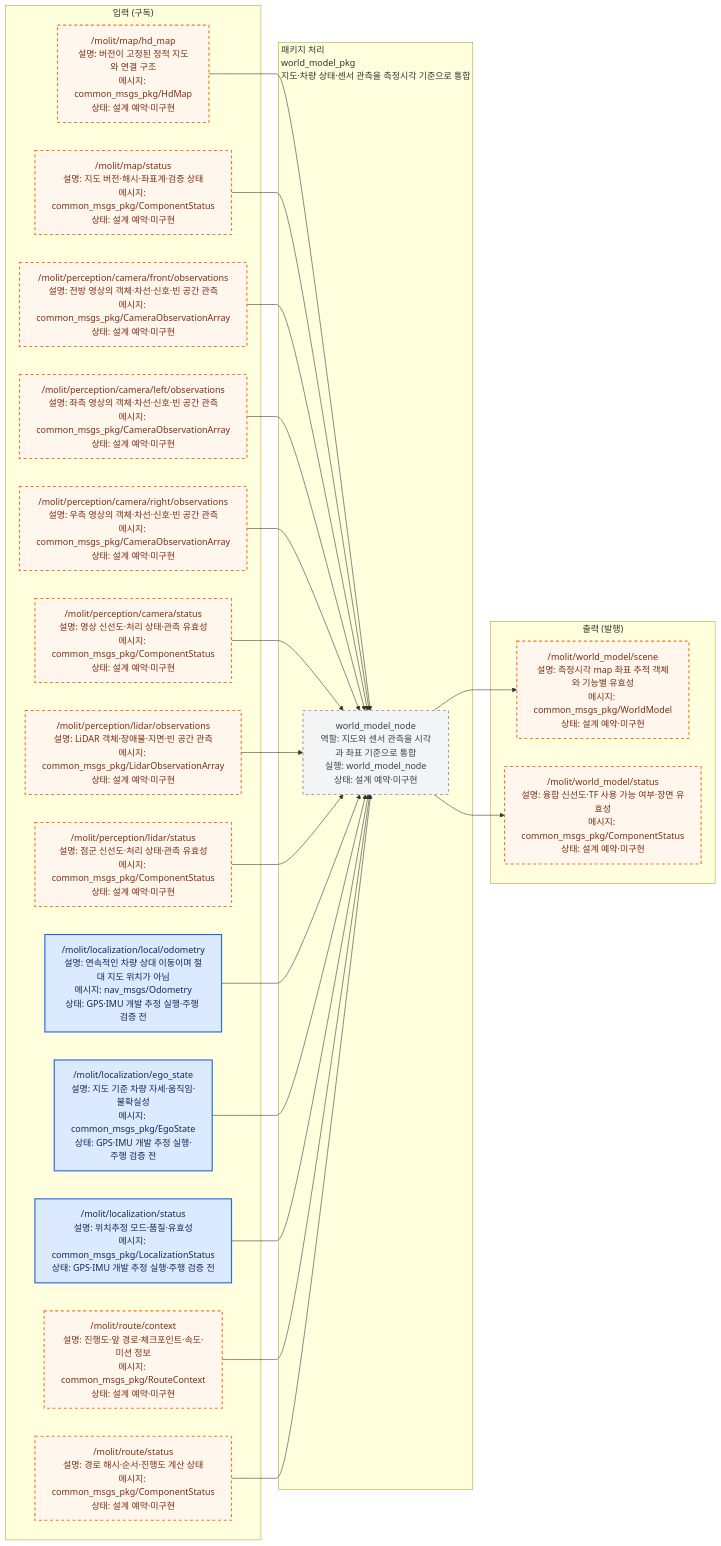
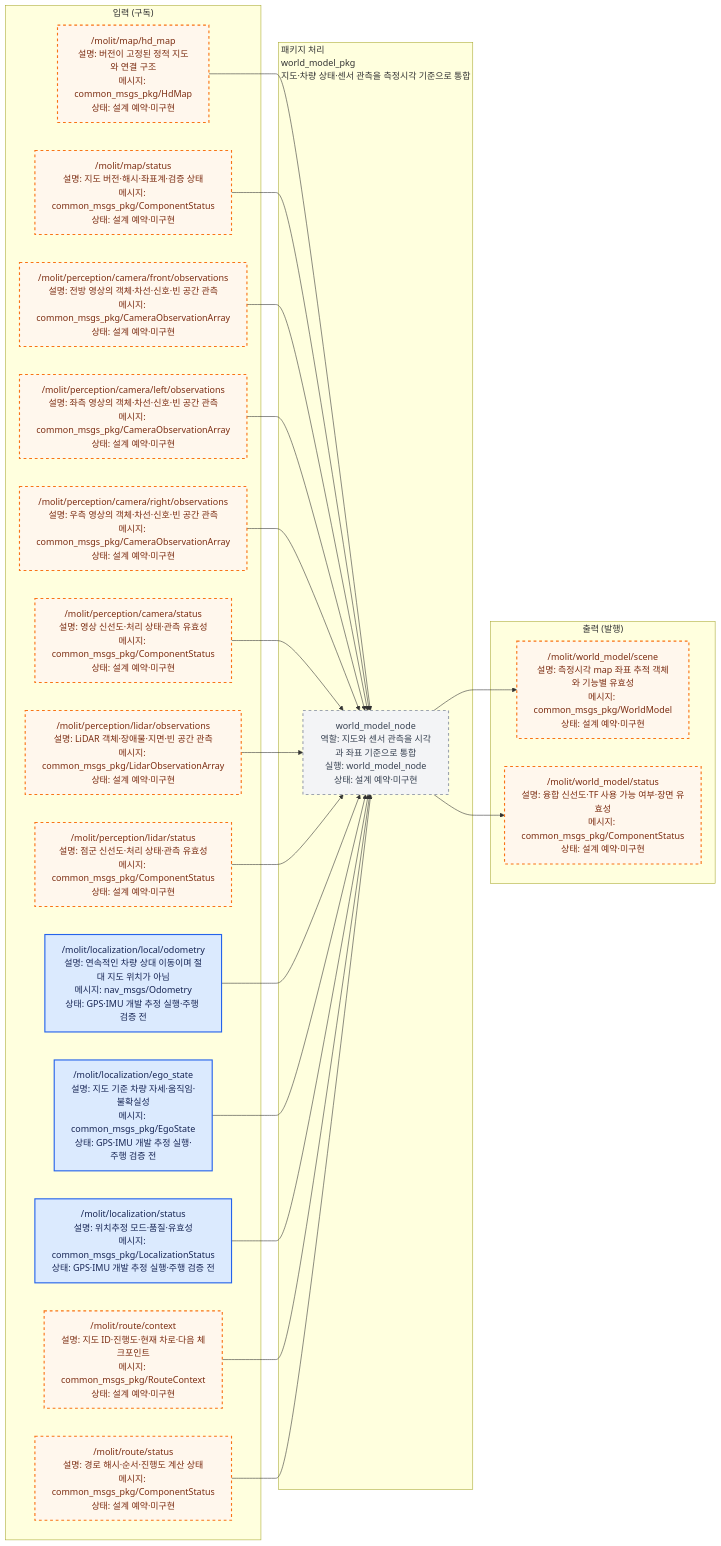
The diagram in src/world_model_pkg/docs/interface_io.mmd (Team-Stier/Morai_Sim_team2), drawn with Mermaid before and after one commit. The commit also changed 228 other files, not shown here.

```diff
--- a/src/world_model_pkg/docs/interface_io.mmd
+++ b/src/world_model_pkg/docs/interface_io.mmd
@@ -1,65 +1,65 @@
 %% AUTO-GENERATED by ros_architecture_pkg/scripts/generate_interface_diagrams.py. DO NOT EDIT.
 %% Source of truth: ros_architecture_pkg/config/interface_contract.yaml
 flowchart LR
     classDef liveNode fill:#dcfce7,color:#14532d,stroke:#16a34a,stroke-width:2px;
     classDef reservedNode fill:#f3f4f6,color:#374151,stroke:#9ca3af,stroke-width:2px,stroke-dasharray: 5 5;
     classDef liveTopic fill:#dbeafe,color:#172554,stroke:#2563eb,stroke-width:2px;
     classDef reservedTopic fill:#fff7ed,color:#7c2d12,stroke:#f97316,stroke-width:2px,stroke-dasharray: 5 5;
     classDef emptyPort fill:#ffffff,color:#6b7280,stroke:#d1d5db,stroke-dasharray: 3 3;
     classDef externalEndpoint fill:#f3e8ff,color:#581c87,stroke:#9333ea,stroke-width:3px;
 
     subgraph INPUTS["입력 (구독)"]
         input_000["/molit/map/hd_map<br/>설명: 버전이 고정된 정적 지도와 연결 구조<br/>메시지: common_msgs_pkg/HdMap<br/>상태: 설계 예약·미구현"]
         input_001["/molit/map/status<br/>설명: 지도 버전·해시·좌표계·검증 상태<br/>메시지: common_msgs_pkg/ComponentStatus<br/>상태: 설계 예약·미구현"]
         input_002["/molit/perception/camera/front/observations<br/>설명: 전방 영상의 객체·차선·신호·빈 공간 관측<br/>메시지: common_msgs_pkg/CameraObservationArray<br/>상태: 설계 예약·미구현"]
         input_003["/molit/perception/camera/left/observations<br/>설명: 좌측 영상의 객체·차선·신호·빈 공간 관측<br/>메시지: common_msgs_pkg/CameraObservationArray<br/>상태: 설계 예약·미구현"]
         input_004["/molit/perception/camera/right/observations<br/>설명: 우측 영상의 객체·차선·신호·빈 공간 관측<br/>메시지: common_msgs_pkg/CameraObservationArray<br/>상태: 설계 예약·미구현"]
         input_005["/molit/perception/camera/status<br/>설명: 영상 신선도·처리 상태·관측 유효성<br/>메시지: common_msgs_pkg/ComponentStatus<br/>상태: 설계 예약·미구현"]
         input_006["/molit/perception/lidar/observations<br/>설명: LiDAR 객체·장애물·지면·빈 공간 관측<br/>메시지: common_msgs_pkg/LidarObservationArray<br/>상태: 설계 예약·미구현"]
         input_007["/molit/perception/lidar/status<br/>설명: 점군 신선도·처리 상태·관측 유효성<br/>메시지: common_msgs_pkg/ComponentStatus<br/>상태: 설계 예약·미구현"]
         input_008["/molit/localization/local/odometry<br/>설명: 연속적인 차량 상대 이동이며 절대 지도 위치가 아님<br/>메시지: nav_msgs/Odometry<br/>상태: GPS·IMU 개발 추정 실행·주행 검증 전"]
         input_009["/molit/localization/ego_state<br/>설명: 지도 기준 차량 자세·움직임·불확실성<br/>메시지: common_msgs_pkg/EgoState<br/>상태: GPS·IMU 개발 추정 실행·주행 검증 전"]
         input_010["/molit/localization/status<br/>설명: 위치추정 모드·품질·유효성<br/>메시지: common_msgs_pkg/LocalizationStatus<br/>상태: GPS·IMU 개발 추정 실행·주행 검증 전"]
-        input_011["/molit/route/context<br/>설명: 진행도·앞 경로·체크포인트·속도·미션 정보<br/>메시지: common_msgs_pkg/RouteContext<br/>상태: 설계 예약·미구현"]
+        input_011["/molit/route/context<br/>설명: 지도 ID·진행도·현재 차로·다음 체크포인트<br/>메시지: common_msgs_pkg/RouteContext<br/>상태: 설계 예약·미구현"]
         input_012["/molit/route/status<br/>설명: 경로 해시·순서·진행도 계산 상태<br/>메시지: common_msgs_pkg/ComponentStatus<br/>상태: 설계 예약·미구현"]
     end
     subgraph PACKAGE["패키지 처리<br/>world_model_pkg<br/>지도·차량 상태·센서 관측을 측정시각 기준으로 통합"]
         local_node_000["world_model_node<br/>역할: 지도와 센서 관측을 시각과 좌표 기준으로 통합<br/>실행: world_model_node<br/>상태: 설계 예약·미구현"]
     end
     subgraph OUTPUTS["출력 (발행)"]
         output_000["/molit/world_model/scene<br/>설명: 측정시각 map 좌표 추적 객체와 기능별 유효성<br/>메시지: common_msgs_pkg/WorldModel<br/>상태: 설계 예약·미구현"]
         output_001["/molit/world_model/status<br/>설명: 융합 신선도·TF 사용 가능 여부·장면 유효성<br/>메시지: common_msgs_pkg/ComponentStatus<br/>상태: 설계 예약·미구현"]
     end
 
     input_000 --> local_node_000
     input_001 --> local_node_000
     input_002 --> local_node_000
     input_003 --> local_node_000
     input_004 --> local_node_000
     input_005 --> local_node_000
     input_006 --> local_node_000
     input_007 --> local_node_000
     input_008 --> local_node_000
     input_009 --> local_node_000
     input_010 --> local_node_000
     input_011 --> local_node_000
     input_012 --> local_node_000
     local_node_000 --> output_000
     local_node_000 --> output_001
 
     class local_node_000 reservedNode;
     class input_000 reservedTopic;
     class input_001 reservedTopic;
     class input_002 reservedTopic;
     class input_003 reservedTopic;
     class input_004 reservedTopic;
     class input_005 reservedTopic;
     class input_006 reservedTopic;
     class input_007 reservedTopic;
     class input_008 liveTopic;
     class input_009 liveTopic;
     class input_010 liveTopic;
     class input_011 reservedTopic;
     class input_012 reservedTopic;
     class output_000 reservedTopic;
     class output_001 reservedTopic;
```
